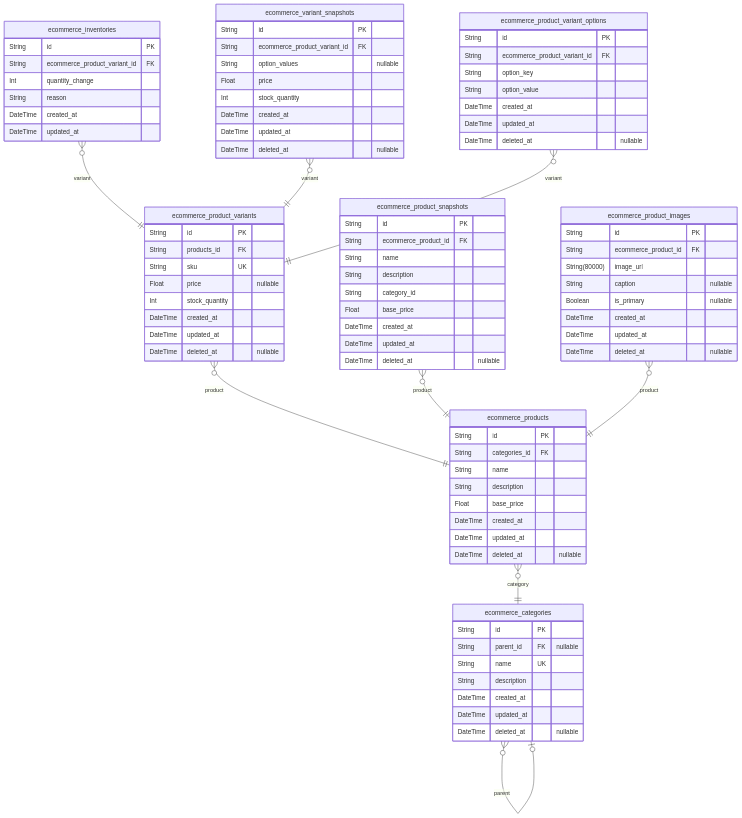
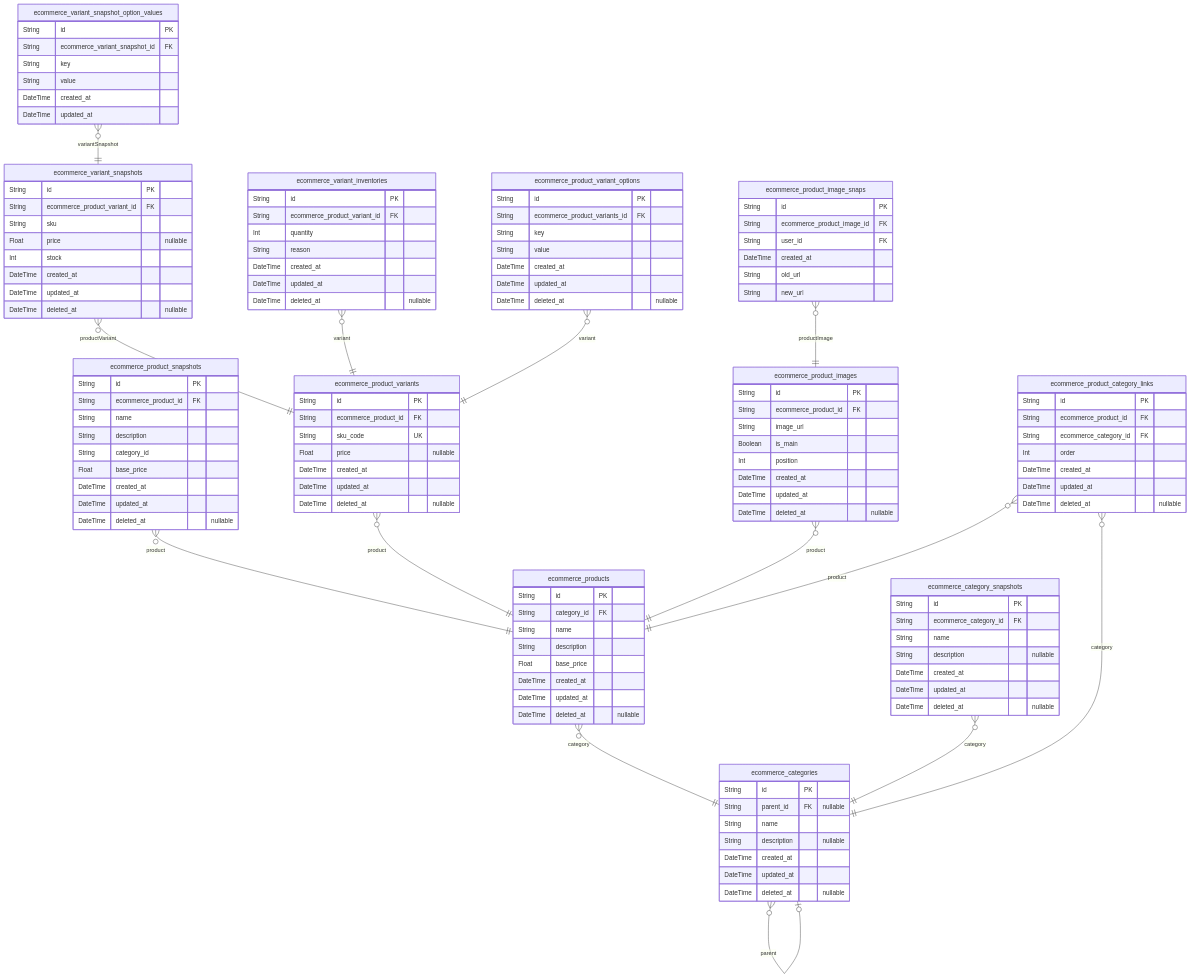
The second of 6 diagrams in qwen/qwen3-30b-a3b-thinking-2507/shopping/docs/ERD.md (wrtnlabs/autobe-examples), drawn with Mermaid before and after one commit. The commit also changed other lines of this file and 25939 other files, not shown here.

````diff
--- a/qwen/qwen3-30b-a3b-thinking-2507/shopping/docs/ERD.md
+++ b/qwen/qwen3-30b-a3b-thinking-2507/shopping/docs/ERD.md
@@ -518,41 +409,14 @@
 ```mermaid
 erDiagram
-"ecommerce_categories" {
-  String id PK
-  String parent_id FK "nullable"
-  String name UK
-  String description
-  DateTime created_at
-  DateTime updated_at
-  DateTime deleted_at "nullable"
-}
 "ecommerce_products" {
   String id PK
-  String categories_id FK
+  String category_id FK
   String name
   String description
   Float base_price
   DateTime created_at
   DateTime updated_at
   DateTime deleted_at "nullable"
-}
-"ecommerce_product_variants" {
-  String id PK
-  String products_id FK
-  String sku UK
-  Float price "nullable"
-  Int stock_quantity
-  DateTime created_at
-  DateTime updated_at
-  DateTime deleted_at "nullable"
-}
-"ecommerce_inventories" {
-  String id PK
-  String ecommerce_product_variant_id FK
-  Int quantity_change
-  String reason
-  DateTime created_at
-  DateTime updated_at
 }
 "ecommerce_product_snapshots" {
   String id PK
@@ -565,12 +429,21 @@
   DateTime updated_at
   DateTime deleted_at "nullable"
 }
+"ecommerce_product_variants" {
+  String id PK
+  String ecommerce_product_id FK
+  String sku_code UK
+  Float price "nullable"
+  DateTime created_at
+  DateTime updated_at
+  DateTime deleted_at "nullable"
+}
 "ecommerce_variant_snapshots" {
   String id PK
   String ecommerce_product_variant_id FK
-  String option_values "nullable"
-  Float price
-  Int stock_quantity
+  String sku
+  Float price "nullable"
+  Int stock
   DateTime created_at
   DateTime updated_at
   DateTime deleted_at "nullable"
@@ -578,28 +451,85 @@
 "ecommerce_product_images" {
   String id PK
   String ecommerce_product_id FK
-  String(80000) image_url
-  String caption "nullable"
-  Boolean is_primary "nullable"
+  String image_url
+  Boolean is_main
+  Int position
+  DateTime created_at
+  DateTime updated_at
+  DateTime deleted_at "nullable"
+}
+"ecommerce_product_image_snaps" {
+  String id PK
+  String ecommerce_product_image_id FK
+  String user_id FK
+  DateTime created_at
+  String old_url
+  String new_url
+}
+"ecommerce_categories" {
+  String id PK
+  String parent_id FK "nullable"
+  String name
+  String description "nullable"
+  DateTime created_at
+  DateTime updated_at
+  DateTime deleted_at "nullable"
+}
+"ecommerce_category_snapshots" {
+  String id PK
+  String ecommerce_category_id FK
+  String name
+  String description "nullable"
+  DateTime created_at
+  DateTime updated_at
+  DateTime deleted_at "nullable"
+}
+"ecommerce_product_category_links" {
+  String id PK
+  String ecommerce_product_id FK
+  String ecommerce_category_id FK
+  Int order
+  DateTime created_at
+  DateTime updated_at
+  DateTime deleted_at "nullable"
+}
+"ecommerce_variant_inventories" {
+  String id PK
+  String ecommerce_product_variant_id FK
+  Int quantity
+  String reason
   DateTime created_at
   DateTime updated_at
   DateTime deleted_at "nullable"
 }
 "ecommerce_product_variant_options" {
   String id PK
-  String ecommerce_product_variant_id FK
-  String option_key
-  String option_value
+  String ecommerce_product_variants_id FK
+  String key
+  String value
   DateTime created_at
   DateTime updated_at
   DateTime deleted_at "nullable"
 }
+"ecommerce_variant_snapshot_option_values" {
+  String id PK
+  String ecommerce_variant_snapshot_id FK
+  String key
+  String value
+  DateTime created_at
+  DateTime updated_at
+}
+"ecommerce_products" }o--|| "ecommerce_categories" : category
+"ecommerce_product_snapshots" }o--|| "ecommerce_products" : product
+"ecommerce_product_variants" }o--|| "ecommerce_products" : product
+"ecommerce_variant_snapshots" }o--|| "ecommerce_product_variants" : productVariant
+"ecommerce_product_images" }o--|| "ecommerce_products" : product
+"ecommerce_product_image_snaps" }o--|| "ecommerce_product_images" : productImage
 "ecommerce_categories" }o--o| "ecommerce_categories" : parent
-"ecommerce_products" }o--|| "ecommerce_categories" : category
-"ecommerce_product_variants" }o--|| "ecommerce_products" : product
-"ecommerce_inventories" }o--|| "ecommerce_product_variants" : variant
-"ecommerce_product_snapshots" }o--|| "ecommerce_products" : product
-"ecommerce_variant_snapshots" }o--|| "ecommerce_product_variants" : variant
-"ecommerce_product_images" }o--|| "ecommerce_products" : product
+"ecommerce_category_snapshots" }o--|| "ecommerce_categories" : category
+"ecommerce_product_category_links" }o--|| "ecommerce_products" : product
+"ecommerce_product_category_links" }o--|| "ecommerce_categories" : category
+"ecommerce_variant_inventories" }o--|| "ecommerce_product_variants" : variant
 "ecommerce_product_variant_options" }o--|| "ecommerce_product_variants" : variant
+"ecommerce_variant_snapshot_option_values" }o--|| "ecommerce_variant_snapshots" : variantSnapshot
 ```
````
